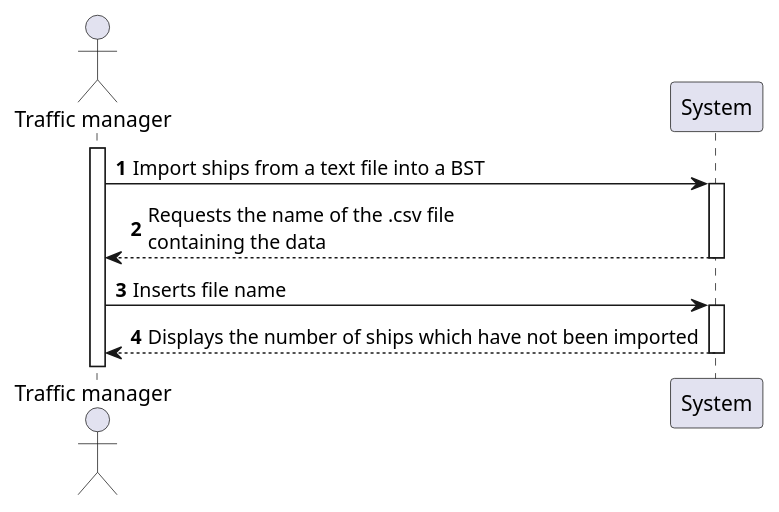
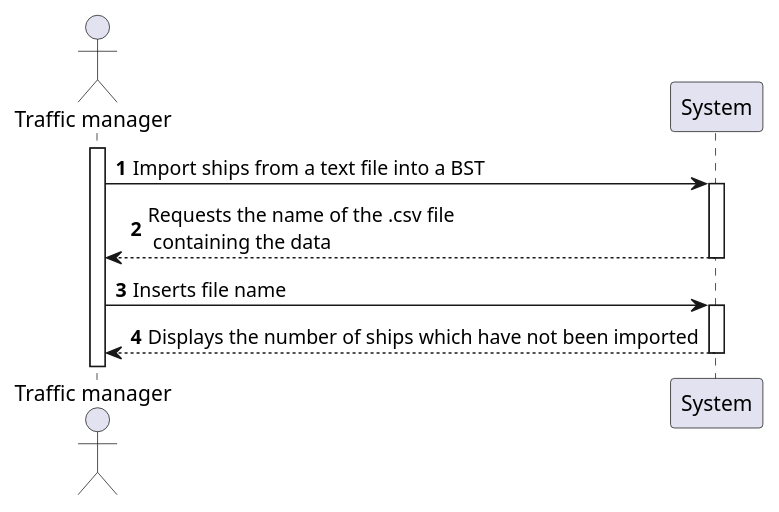
Before and after one commit to 0franciscor/lapr3-2021-g042: the diagram in docs/US101/US101_SSD.puml, drawn with PlantUML. The commit also changed 1 other file, not shown here.

```diff
--- a/docs/US101/US101_SSD.puml
+++ b/docs/US101/US101_SSD.puml
@@ -1,17 +1,17 @@
 @startuml
 autonumber
 
 actor "Traffic manager" as manager
 participant "System" as system
 activate manager
 
 manager -> system ++: Import ships from a text file into a BST
 
-system --> manager --: Requests the name of the .csv file\ncontaining the data
+system --> manager --: Requests the name of the .csv file\n containing the data
 
 manager -> system ++: Inserts file name
 
 system --> manager --: Displays the number of ships which have not been imported
 
 
 @enduml
```
